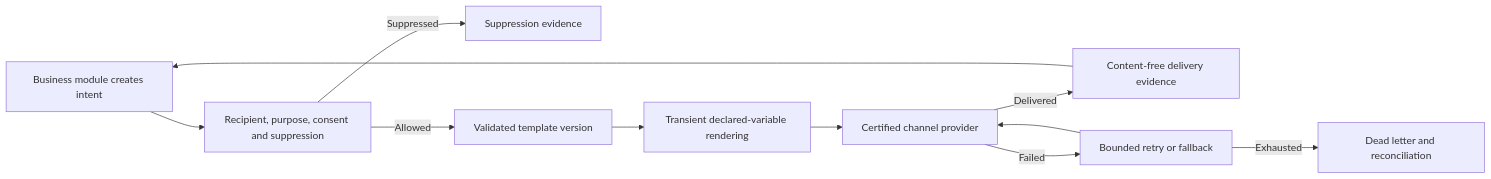
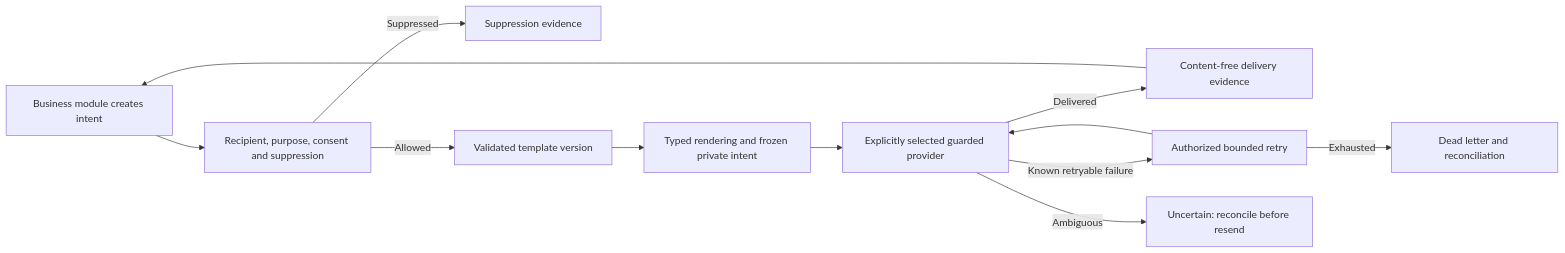
Before and after one commit to Nodics/nodics.ai: the diagram in nodics.docs/docs/pages/nodics.communication/overview.md, drawn with Mermaid. The commit also changed other lines of this file and 782 other files, not shown here.

````diff
--- a/nodics.docs/docs/pages/nodics.communication/overview.md
+++ b/nodics.docs/docs/pages/nodics.communication/overview.md
@@ -19,13 +19,14 @@
 ```mermaid
 flowchart LR
   Domain["Business module creates intent"] --> Policy["Recipient, purpose, consent and suppression"]
   Policy -->|Suppressed| Evidence["Suppression evidence"]
   Policy -->|Allowed| Template["Validated template version"]
-  Template --> Render["Transient declared-variable rendering"]
-  Render --> Provider["Certified channel provider"]
+  Template --> Render["Typed rendering and frozen private intent"]
+  Render --> Provider["Explicitly selected guarded provider"]
   Provider -->|Delivered| Outcome["Content-free delivery evidence"]
-  Provider -->|Failed| Retry["Bounded retry or fallback"]
+  Provider -->|Known retryable failure| Retry["Authorized bounded retry"]
+  Provider -->|Ambiguous| Uncertain["Uncertain: reconcile before resend"]
   Retry --> Provider
   Retry -->|Exhausted| Dead["Dead letter and reconciliation"]
   Outcome --> Domain
 ```
````
